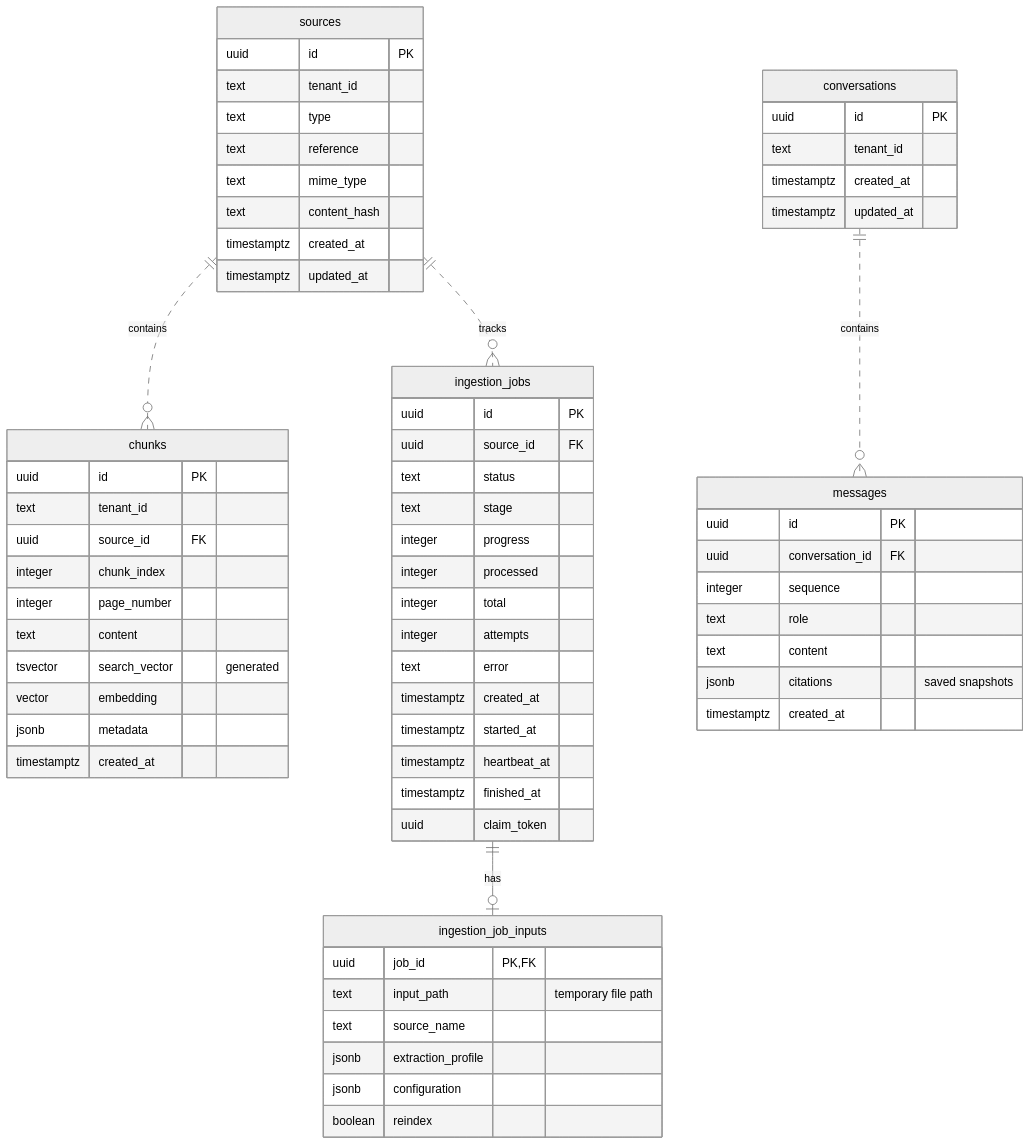
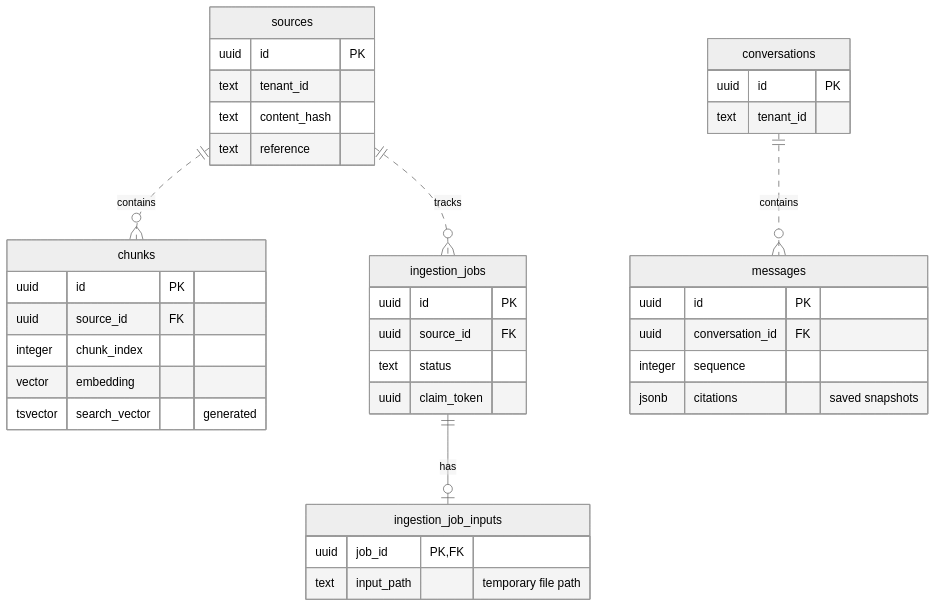
One commit to richard-costa/rag-mtst changed the second of 3 diagrams in docs/explanation/architecture.md. Above: the diagram before and after it, drawn with Mermaid (neutral theme). The commit also changed other lines of this file and 23 other files, not shown here.

````diff
--- a/docs/explanation/architecture.md
+++ b/docs/explanation/architecture.md
@@ -87,75 +78,47 @@
 ```mermaid
 ---
 config:
     er:
         useMaxWidth: true
 ---
 erDiagram
     direction TB
     sources ||..o{ chunks : contains
     sources ||..o{ ingestion_jobs : tracks
     ingestion_jobs ||--o| ingestion_job_inputs : has
     conversations ||..o{ messages : contains
 
     sources {
         uuid id PK
         text tenant_id
-        text type
+        text content_hash
         text reference
-        text mime_type
-        text content_hash
-        timestamptz created_at
-        timestamptz updated_at
     }
     chunks {
         uuid id PK
-        text tenant_id
         uuid source_id FK
         integer chunk_index
-        integer page_number
-        text content
+        vector embedding
         tsvector search_vector "generated"
-        vector embedding
-        jsonb metadata
-        timestamptz created_at
     }
     ingestion_jobs {
         uuid id PK
         uuid source_id FK
         text status
-        text stage
-        integer progress
-        integer processed
-        integer total
-        integer attempts
-        text error
-        timestamptz created_at
-        timestamptz started_at
-        timestamptz heartbeat_at
-        timestamptz finished_at
         uuid claim_token
     }
     ingestion_job_inputs {
         uuid job_id PK, FK
         text input_path "temporary file path"
-        text source_name
-        jsonb extraction_profile
-        jsonb configuration
-        boolean reindex
     }
     conversations {
         uuid id PK
         text tenant_id
-        timestamptz created_at
-        timestamptz updated_at
     }
     messages {
         uuid id PK
         uuid conversation_id FK
         integer sequence
-        text role
-        text content
         jsonb citations "saved snapshots"
-        timestamptz created_at
     }
 ```
````
